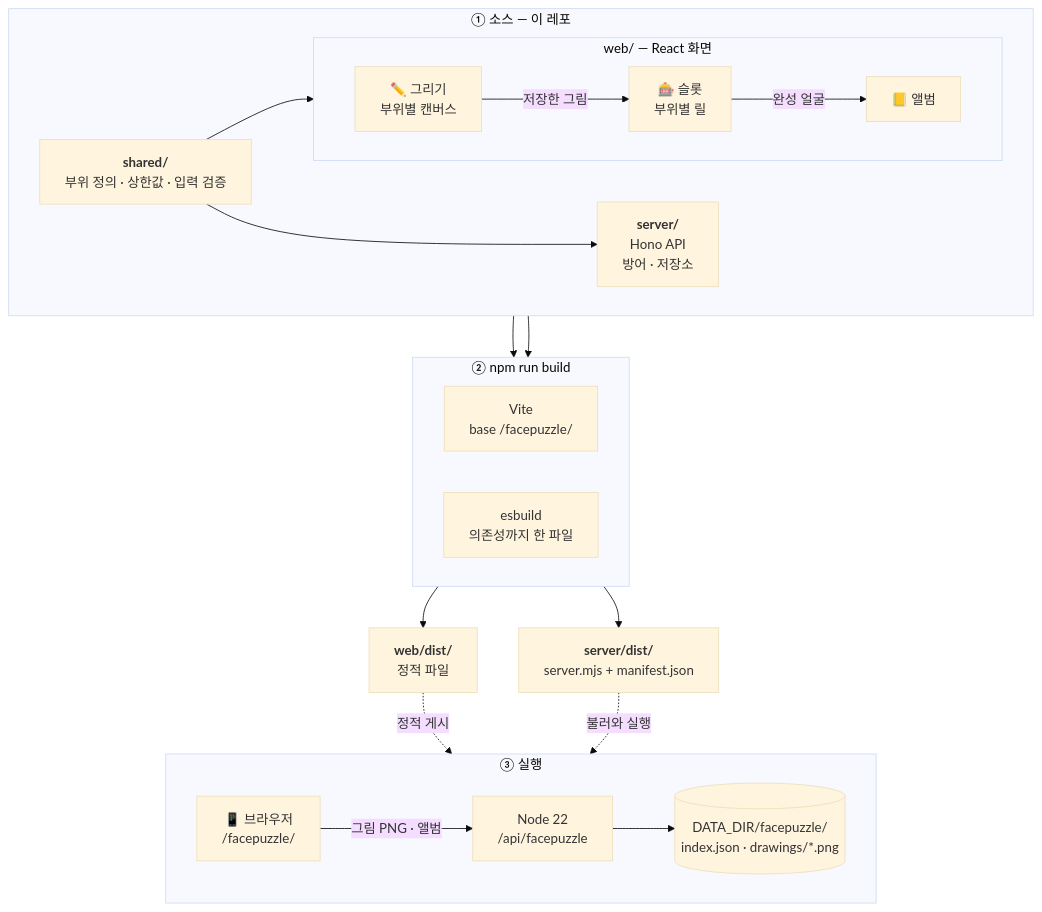
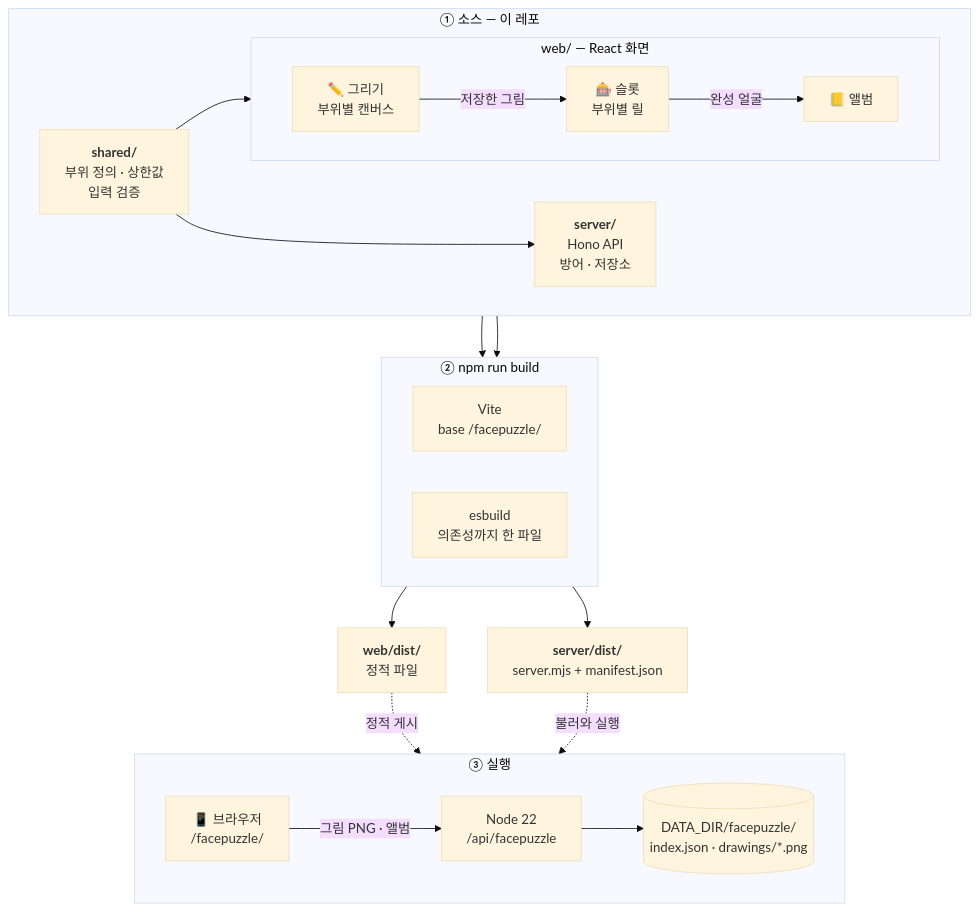
One commit to AnglerLee/FacePuzzle changed the diagram in README.md. Above: the diagram before and after it, drawn with Mermaid (base theme).

Commit message:
docs: README 구조 그림 줄바꿈
Claude-Session: https://claude.ai/code/session_01GG1CY2wN98mu3pGpEf78gG

````diff
--- a/README.md
+++ b/README.md
@@ -43,33 +43,33 @@
 ```mermaid
 flowchart TB
   subgraph SRC["① 소스 — 이 레포"]
     direction LR
-    shared["<b>shared/</b><br/>부위 정의 · 상한값 · 입력 검증"]
+    shared["<b>shared/</b><br/>부위 정의 · 상한값<br/>입력 검증"]
     subgraph WEB["web/ — React 화면"]
       direction LR
       draw["✏️ 그리기<br/>부위별 캔버스"] -- "저장한 그림" --> slot["🎰 슬롯<br/>부위별 릴"]
       slot -- "완성 얼굴" --> album["📒 앨범"]
     end
     server["<b>server/</b><br/>Hono API<br/>방어 · 저장소"]
   end
   shared --> WEB
   shared --> server
 
   subgraph BUILD["② npm run build"]
     direction LR
     vite["Vite<br/>base /facepuzzle/"]
     esb["esbuild<br/>의존성까지 한 파일"]
   end
   WEB --> vite --> wdist["<b>web/dist/</b><br/>정적 파일"]
   server --> esb --> sdist["<b>server/dist/</b><br/>server.mjs + manifest.json"]
 
   subgraph RUN["③ 실행"]
     direction LR
     browser["📱 브라우저<br/>/facepuzzle/"]
     api["Node 22<br/>/api/facepuzzle"]
     data[("DATA_DIR/facepuzzle/<br/>index.json · drawings/*.png")]
     browser -- "그림 PNG · 앨범" --> api --> data
   end
   wdist -. "정적 게시" .-> browser
   sdist -. "불러와 실행" .-> api
 ```
````
